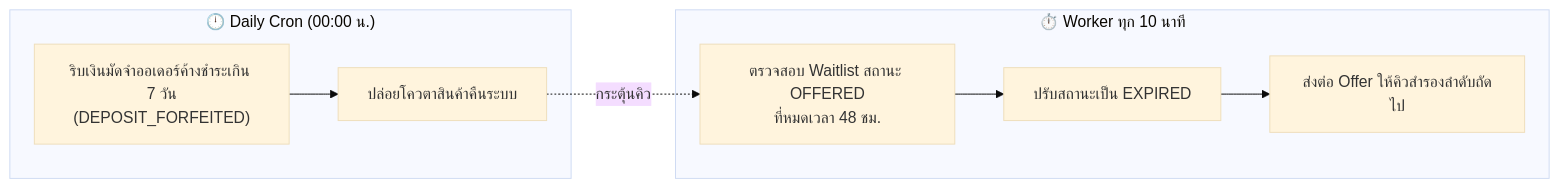
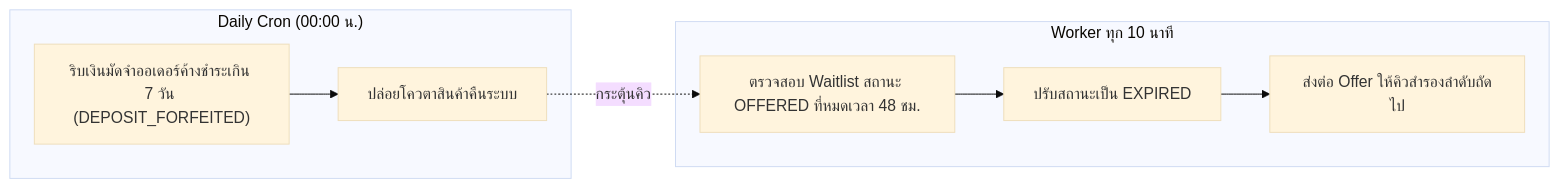
One commit to siradechsri-ux/manga-collectibles-store changed diagram 13 of 13 in SYSTEM_ANALYSIS.md. Above: the diagram before and after it, drawn with Mermaid (base theme). The commit also changed other lines of this file and 7 other files, not shown here.

````diff
--- a/SYSTEM_ANALYSIS.md
+++ b/SYSTEM_ANALYSIS.md
@@ -1176,17 +1174,17 @@
 ```mermaid
 flowchart LR
-    subgraph DailyCron["🕛 Daily Cron (00:00 น.)"]
-        Forfeit["ริบเงินมัดจำออเดอร์ค้างชำระเกิน 7 วัน<br/>(DEPOSIT_FORFEITED)"]
+    subgraph DailyCron["Daily Cron (00:00 น.)"]
+        Forfeit["ริบเงินมัดจำออเดอร์ค้างชำระเกิน 7 วัน (DEPOSIT_FORFEITED)"]
         ReleaseQuota["ปล่อยโควตาสินค้าคืนระบบ"]
         Forfeit --> ReleaseQuota
     end
 
-    subgraph PeriodicWorker["⏱️ Worker ทุก 10 นาที"]
-        CheckWaitlist["ตรวจสอบ Waitlist สถานะ OFFERED<br/>ที่หมดเวลา 48 ชม."]
+    subgraph PeriodicWorker["Worker ทุก 10 นาที"]
+        CheckWaitlist["ตรวจสอบ Waitlist สถานะ OFFERED ที่หมดเวลา 48 ชม."]
         ExpireOffer["ปรับสถานะเป็น EXPIRED"]
         NextQueue["ส่งต่อ Offer ให้คิวสำรองลำดับถัดไป"]
         CheckWaitlist --> ExpireOffer --> NextQueue
     end
 
-    ReleaseQuota -.กระตุ้นคิว.-> CheckWaitlist
+    ReleaseQuota -.->|"กระตุ้นคิว"| CheckWaitlist
 ```
````
